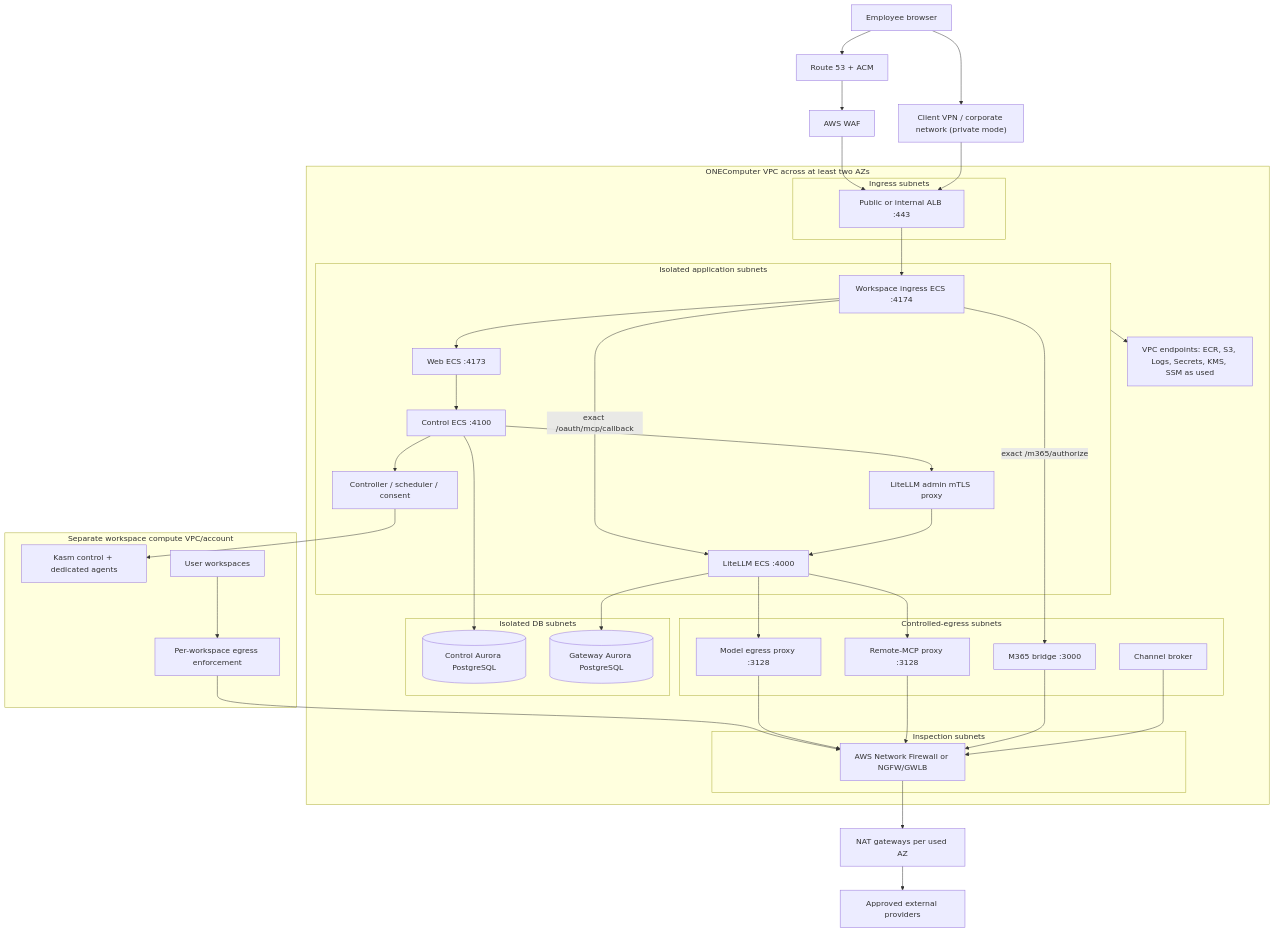
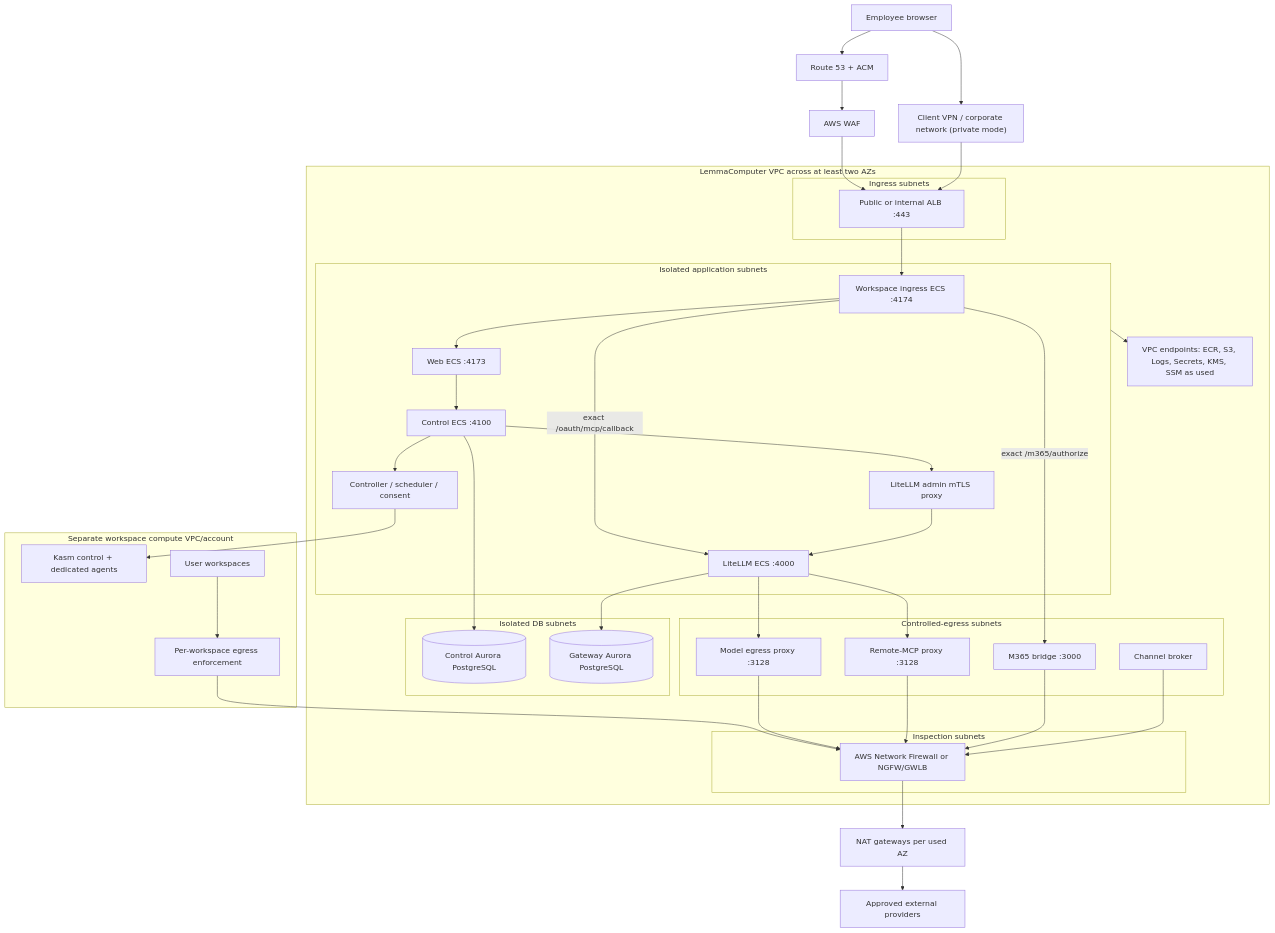
The diagram in docs/deployment/aws-deployment.md (ONE-Computer/LemmaComputer), drawn with Mermaid before and after one commit. The commit also changed other lines of this file and 86 other files, not shown here.

Commit message:
Rebrand product as LemmaComputer

````diff
--- a/docs/deployment/aws-deployment.md
+++ b/docs/deployment/aws-deployment.md
@@ -39,68 +39,68 @@
 ```mermaid
 flowchart TB
   User["Employee browser"]
   VPN["Client VPN / corporate network (private mode)"]
   DNS["Route 53 + ACM"]
   WAF["AWS WAF"]
   ALB["Public or internal ALB :443"]
 
-  subgraph VPC["ONEComputer VPC across at least two AZs"]
+  subgraph VPC["LemmaComputer VPC across at least two AZs"]
     subgraph IngressSubnets["Ingress subnets"]
       ALB
     end
 
     subgraph AppSubnets["Isolated application subnets"]
       Ingress["Workspace ingress ECS :4174"]
       Web["Web ECS :4173"]
       Control["Control ECS :4100"]
       Workers["Controller / scheduler / consent"]
       LiteLLM["LiteLLM ECS :4000"]
       AdminProxy["LiteLLM admin mTLS proxy"]
     end
 
     subgraph EgressSubnets["Controlled-egress subnets"]
       ModelProxy["Model egress proxy :3128"]
       McpProxy["Remote-MCP proxy :3128"]
       M365["M365 bridge :3000"]
       Channel["Channel broker"]
     end
 
     subgraph DbSubnets["Isolated DB subnets"]
       ControlDB[("Control Aurora PostgreSQL")]
       GatewayDB[("Gateway Aurora PostgreSQL")]
     end
 
     subgraph InspectionSubnets["Inspection subnets"]
       Firewall["AWS Network Firewall or NGFW/GWLB"]
     end
 
     Endpoints["VPC endpoints: ECR, S3, Logs, Secrets, KMS, SSM as used"]
   end
 
   subgraph WorkspaceBoundary["Separate workspace compute VPC/account"]
     Kasm["Kasm control + dedicated agents"]
     WorkspaceProxy["Per-workspace egress enforcement"]
     Sandboxes["User workspaces"]
   end
 
   NAT["NAT gateways per used AZ"]
   Internet["Approved external providers"]
 
   User --> DNS --> WAF --> ALB --> Ingress
   User --> VPN --> ALB
   Ingress --> Web --> Control
   Ingress -->|"exact /oauth/mcp/callback"| LiteLLM
   Ingress -->|"exact /m365/authorize"| M365
   Control --> ControlDB
   LiteLLM --> GatewayDB
   Control --> AdminProxy --> LiteLLM
   Control --> Workers
   Workers --> Kasm
   Sandboxes --> WorkspaceProxy --> Firewall
   LiteLLM --> ModelProxy --> Firewall
   LiteLLM --> McpProxy --> Firewall
   M365 --> Firewall
   Channel --> Firewall
   Firewall --> NAT --> Internet
   AppSubnets --> Endpoints
 ```
````
